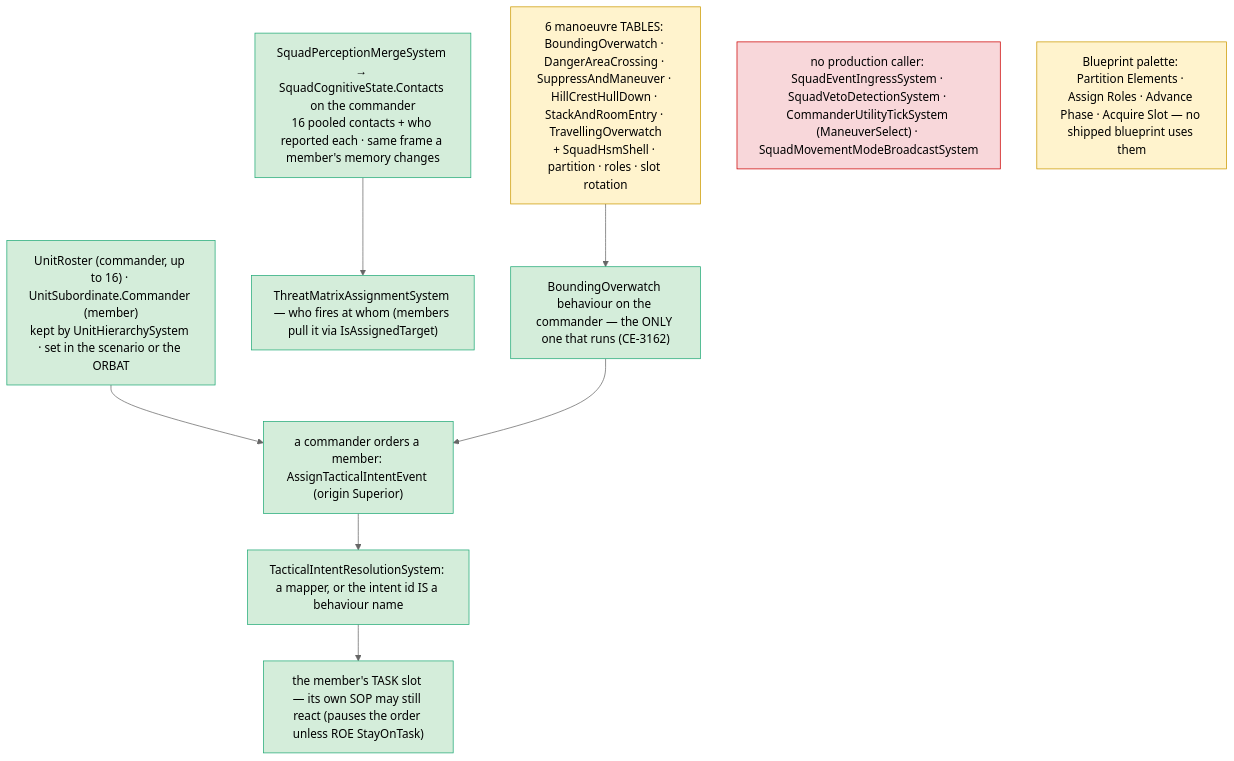
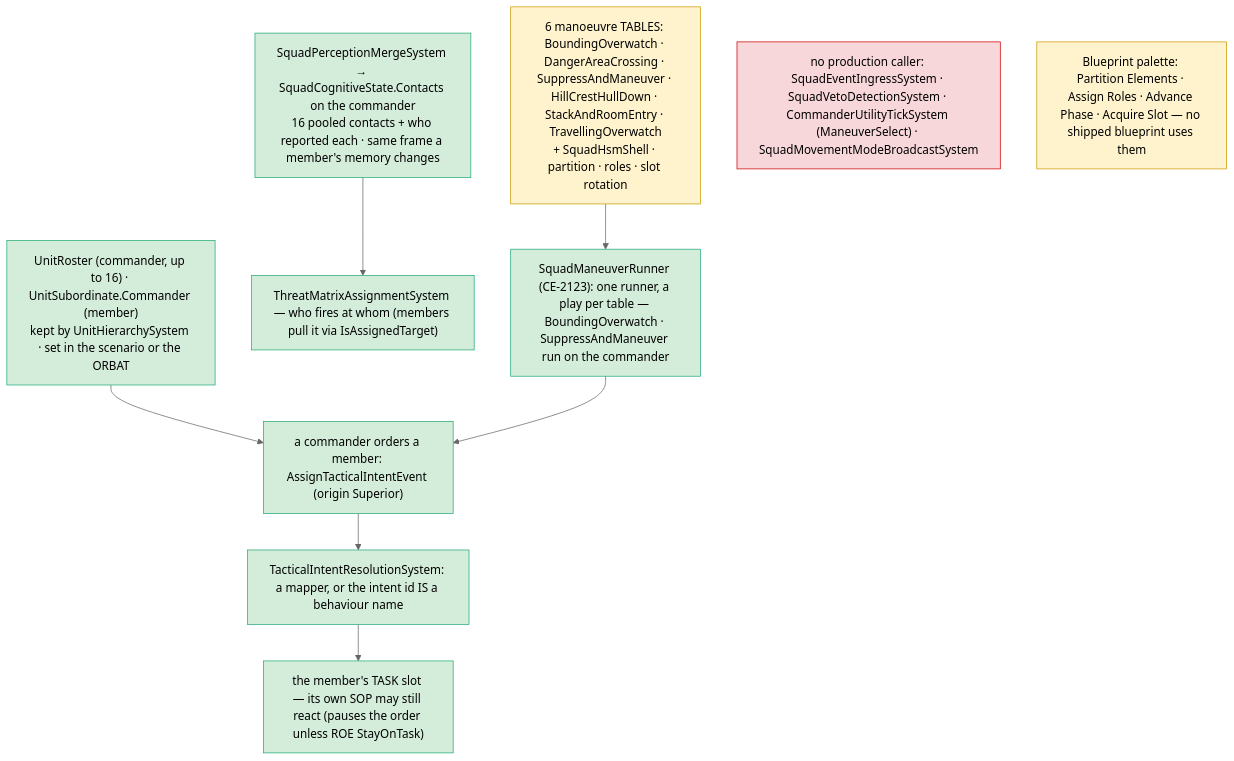
The tenth of 10 diagrams in docs/OVERVIEW_Behaviour_Building_Blocks.md (pjanec/HROT), drawn with Mermaid (neutral theme) before and after one commit. The commit also changed other lines of this file, not shown here.

First line of the commit message:
CE-2123: the map shows the squad runner and SuppressAndManeuver

````diff
--- a/docs/OVERVIEW_Behaviour_Building_Blocks.md
+++ b/docs/OVERVIEW_Behaviour_Building_Blocks.md
@@ -313,20 +313,20 @@
 ```mermaid
 graph TD
   H["UnitRoster (commander, up to 16) · UnitSubordinate.Commander (member)<br/>kept by UnitHierarchySystem · set in the scenario or the ORBAT"]:::built
   ORD["a commander orders a member: AssignTacticalIntentEvent (origin Superior)"]:::built
   TIR["TacticalIntentResolutionSystem: a mapper, or the intent id IS a behaviour name"]:::built
   MT["the member's TASK slot — its own SOP may still react (pauses the order unless ROE StayOnTask)"]:::built
   H --> ORD --> TIR --> MT
   MRG["SquadPerceptionMergeSystem → SquadCognitiveState.Contacts on the commander<br/>16 pooled contacts + who reported each · same frame a member's memory changes"]:::built
   FIRE["ThreatMatrixAssignmentSystem — who fires at whom (members pull it via IsAssignedTarget)"]:::built
   MRG --> FIRE
   MAN["6 manoeuvre TABLES: BoundingOverwatch · DangerAreaCrossing · SuppressAndManeuver · HillCrestHullDown · StackAndRoomEntry · TravellingOverwatch<br/>+ SquadHsmShell · partition · roles · slot rotation"]:::partial
-  RUN["BoundingOverwatch behaviour on the commander — the ONLY one that runs (CE-3162)"]:::built
+  RUN["SquadManeuverRunner (CE-2123): one runner, a play per table — BoundingOverwatch · SuppressAndManeuver run on the commander"]:::built
   MAN --> RUN
   RUN --> ORD
   DEAD["no production caller: SquadEventIngressSystem · SquadVetoDetectionSystem · CommanderUtilityTickSystem (ManeuverSelect) · SquadMovementModeBroadcastSystem"]:::missing
   BP["Blueprint palette: Partition Elements · Assign Roles · Advance Phase · Acquire Slot — no shipped blueprint uses them"]:::partial
   classDef built fill:#d4edda,stroke:#2a7
   classDef partial fill:#fff3cd,stroke:#c90
   classDef missing fill:#f8d7da,stroke:#c00
 ```
````
